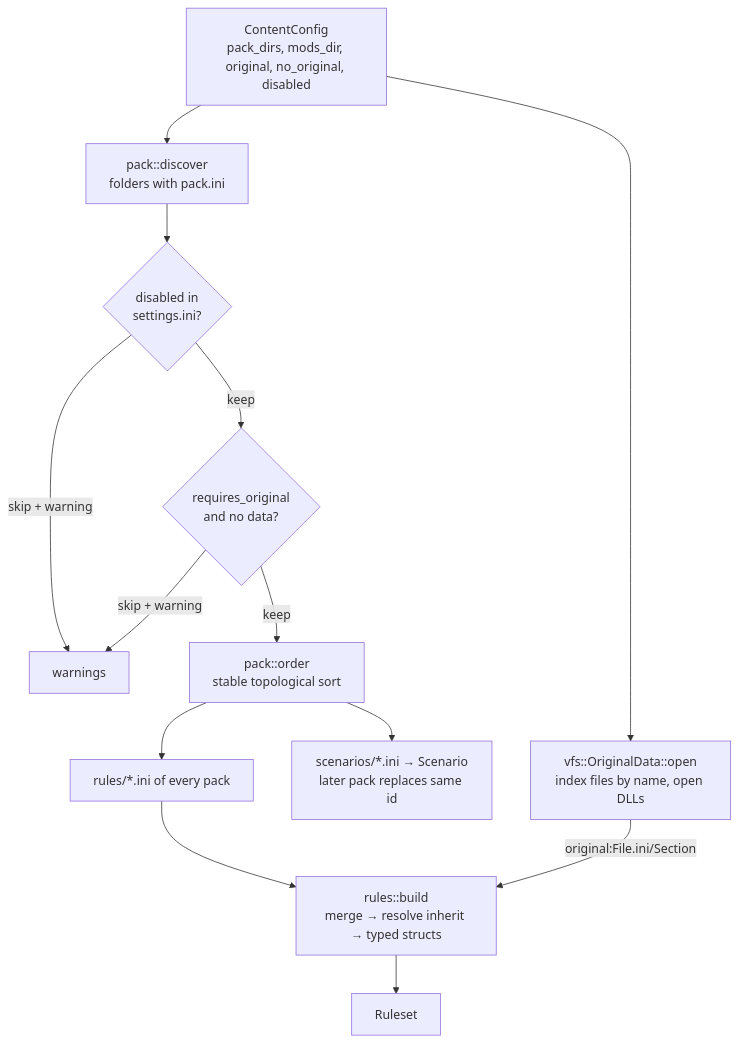
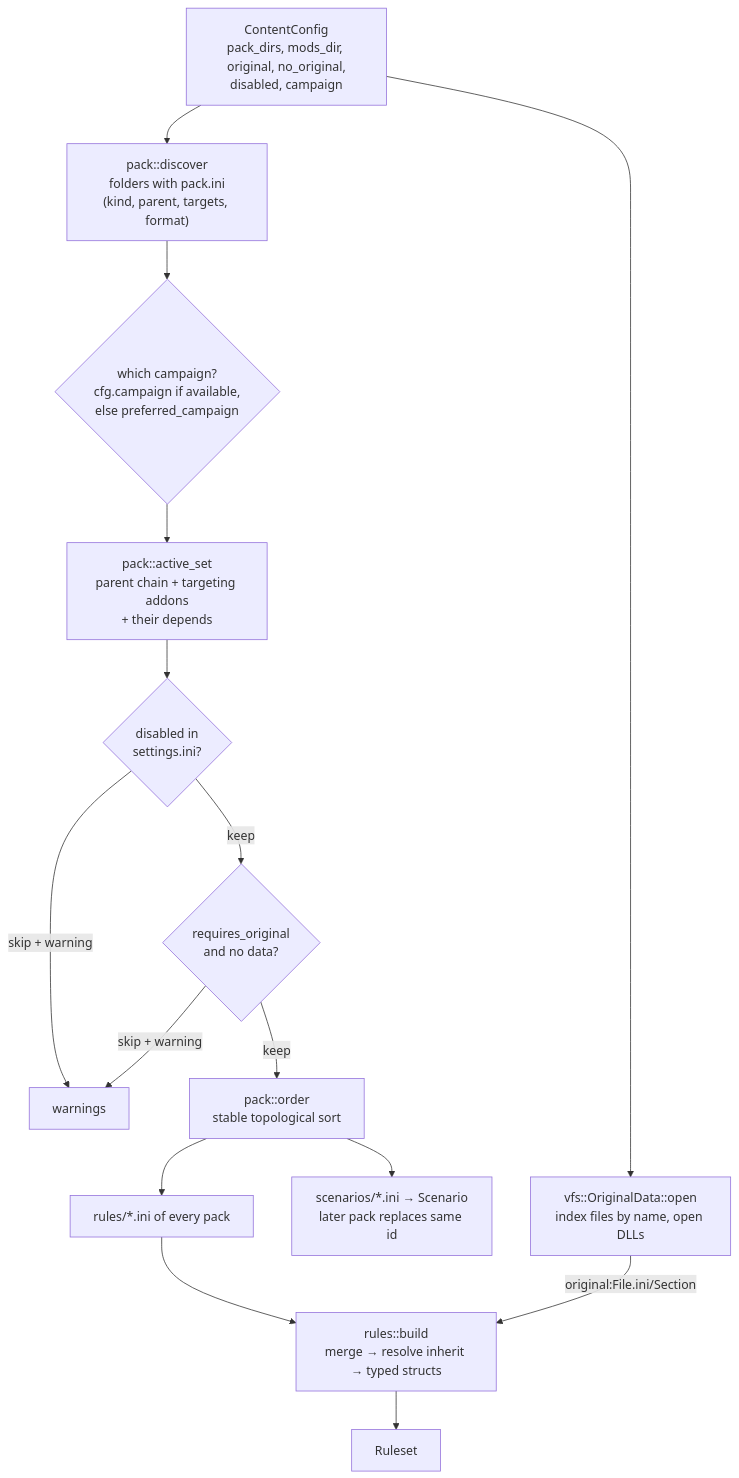
The first of 3 diagrams in docs/architecture/packs.md (bbogovich/OpenInterceptor), drawn with Mermaid before and after one commit. The commit also changed other lines of this file and 36 other files, not shown here.

````diff
--- a/docs/architecture/packs.md
+++ b/docs/architecture/packs.md
@@ -10,15 +12,17 @@
 ```mermaid
 flowchart TD
-    CFG["ContentConfig<br/>pack_dirs, mods_dir, original, no_original, disabled"] --> D["pack::discover<br/>folders with pack.ini"]
-    D --> DIS{"disabled in<br/>settings.ini?"}
+    CFG["ContentConfig<br/>pack_dirs, mods_dir, original, no_original,<br/>disabled, campaign"] --> D["pack::discover<br/>folders with pack.ini<br/>(kind, parent, targets, format)"]
+    D --> CA{"which campaign?<br/>cfg.campaign if available,<br/>else preferred_campaign"}
+    CA --> AS["pack::active_set<br/>parent chain + targeting addons<br/>+ their depends"]
+    AS --> DIS{"disabled in<br/>settings.ini?"}
     DIS -->|skip + warning| W
     DIS -->|keep| SK{"requires_original<br/>and no data?"}
     SK -->|skip + warning| W["warnings"]
     SK -->|keep| O["pack::order<br/>stable topological sort"]
     CFG --> OD["vfs::OriginalData::open<br/>index files by name, open DLLs"]
     O --> RS["rules/*.ini of every pack"]
     RS --> B["rules::build<br/>merge → resolve inherit → typed structs"]
     OD -->|"original:File.ini/Section"| B
     B --> RU["Ruleset"]
     O --> SC["scenarios/*.ini → Scenario<br/>later pack replaces same id"]
 ```
````
